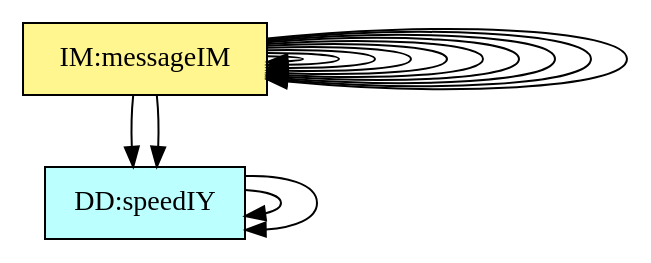
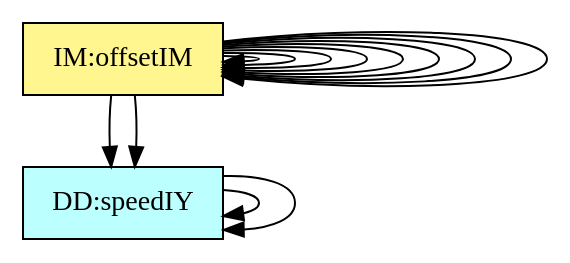
Before and after one commit to JacquesCarette/Drasil: the diagram in code/stable/projectile/TraceyGraph/refvsref.dot, drawn with Graphviz. The commit also changed 66 other files, not shown here.

Commit message:
Remove Projectile's output message IM

```diff
--- a/code/stable/projectile/TraceyGraph/refvsref.dot
+++ b/code/stable/projectile/TraceyGraph/refvsref.dot
@@ -1,55 +1,53 @@
 digraph refvsref {
 	dataDefn:ixVel -> dataDefn:speed;
 	dataDefn:iyVel -> dataDefn:speed;
 	theory:projSpeed -> theory:accelerationTM;
 	theory:projPos -> theory:velocityTM;
 	theory:projPos -> theory:projSpeed;
 	theory:velocity -> theory:projSpeed;
 	theory:position -> theory:projPos;
 	theory:flightduration -> dataDefn:iyVel;
 	theory:flightduration -> theory:position;
 	theory:landingposition -> dataDefn:ixVel;
 	theory:landingposition -> theory:position;
 	theory:landingposition -> theory:flightduration;
 	theory:offset -> theory:landingposition;
-	theory:outputMessage -> theory:offset;
 
 
 	dataDefn:speed	[shape=box, color=black, style=filled, fillcolor=paleturquoise1, label="DD:vecMag"];
 	dataDefn:ixVel	[shape=box, color=black, style=filled, fillcolor=paleturquoise1, label="DD:speedIX"];
 	dataDefn:iyVel	[shape=box, color=black, style=filled, fillcolor=paleturquoise1, label="DD:speedIY"];
 
 	subgraph DD {
 	rank="same"
 	{dataDefn:speed, dataDefn:ixVel, dataDefn:iyVel}
 	}
 
 	theory:accelerationTM	[shape=box, color=black, style=filled, fillcolor=pink, label="TM:acceleration"];
 	theory:velocityTM	[shape=box, color=black, style=filled, fillcolor=pink, label="TM:velocity"];
 
 	subgraph TM {
 	rank="same"
 	{theory:accelerationTM, theory:velocityTM}
 	}
 
 	theory:projSpeed	[shape=box, color=black, style=filled, fillcolor=palegreen, label="GD:rectVel"];
 	theory:projPos	[shape=box, color=black, style=filled, fillcolor=palegreen, label="GD:rectPos"];
 	theory:velocity	[shape=box, color=black, style=filled, fillcolor=palegreen, label="GD:velVec"];
 	theory:position	[shape=box, color=black, style=filled, fillcolor=palegreen, label="GD:posVec"];
 
 	subgraph GD {
 	rank="same"
 	{theory:projSpeed, theory:projPos, theory:velocity, theory:position}
 	}
 
 	theory:flightduration	[shape=box, color=black, style=filled, fillcolor=khaki1, label="IM:calOfLandingTime"];
 	theory:landingposition	[shape=box, color=black, style=filled, fillcolor=khaki1, label="IM:calOfLandingDist"];
 	theory:offset	[shape=box, color=black, style=filled, fillcolor=khaki1, label="IM:offsetIM"];
-	theory:outputMessage	[shape=box, color=black, style=filled, fillcolor=khaki1, label="IM:messageIM"];
 
 	subgraph IM {
 	rank="same"
-	{theory:flightduration, theory:landingposition, theory:offset, theory:outputMessage}
+	{theory:flightduration, theory:landingposition, theory:offset}
 	}
 
 }
```
